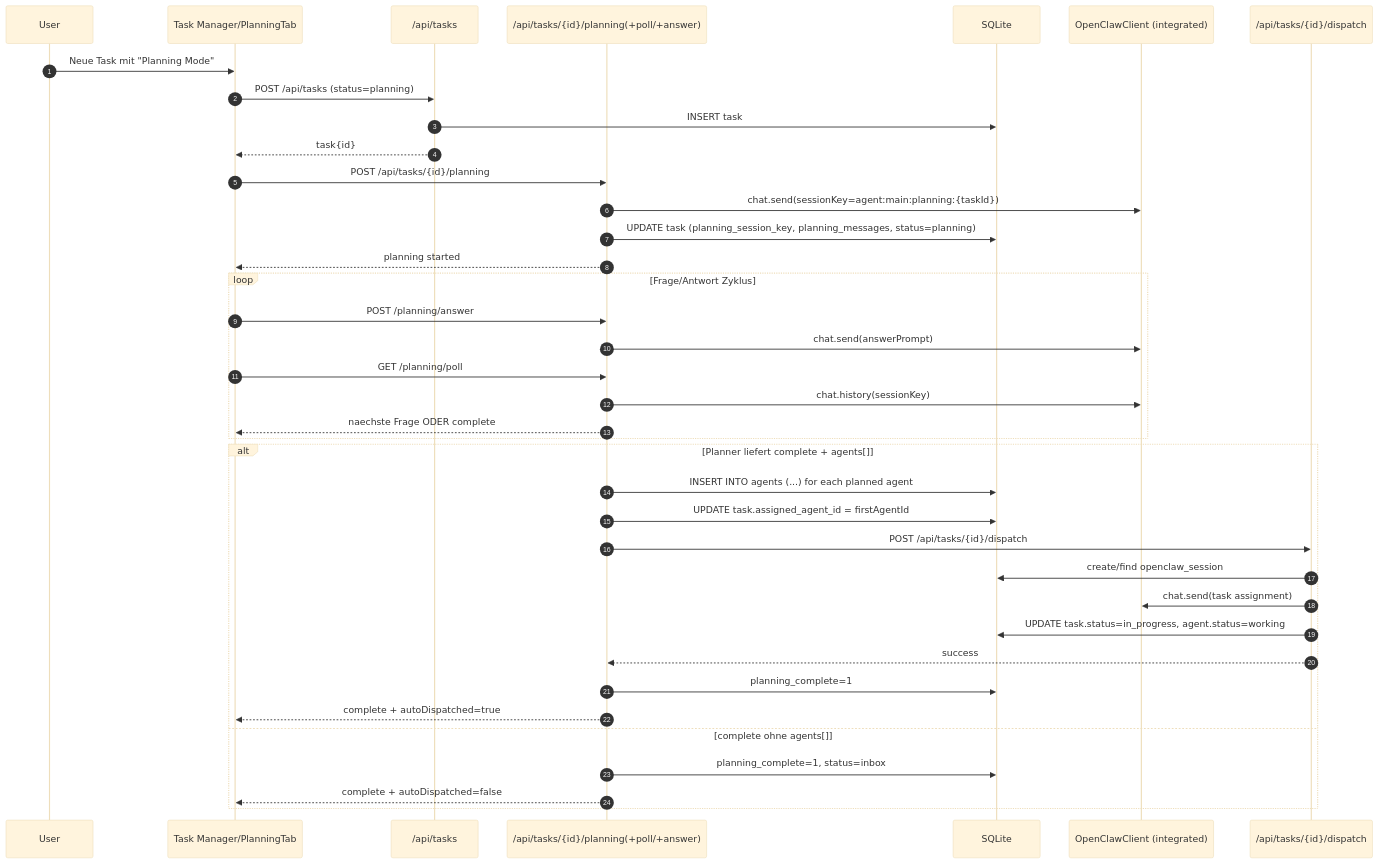
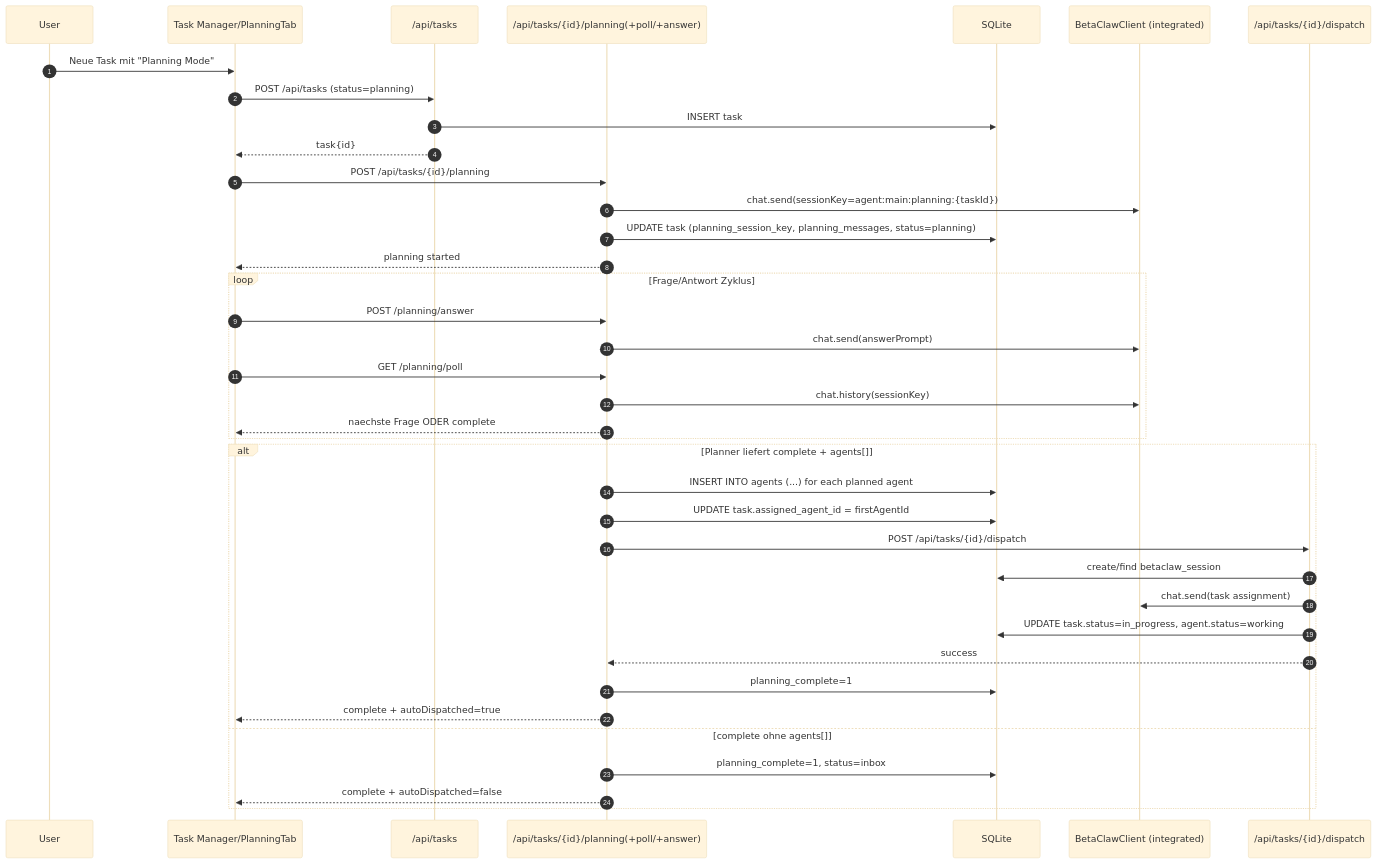
One commit to meco40/openworker changed the first of 2 diagrams in docs/mission-control-agent-spawn-sequence.md. Above: the diagram before and after it, drawn with Mermaid (base theme). The commit also changed other lines of this file and 240 other files, not shown here.

First line of the commit message:
feat!: rename gateway to BetaClaw

````diff
--- a/docs/mission-control-agent-spawn-sequence.md
+++ b/docs/mission-control-agent-spawn-sequence.md
@@ -5,44 +5,44 @@
 ```mermaid
 sequenceDiagram
     autonumber
     participant User
     participant UI as Task Manager/PlanningTab
     participant TasksAPI as /api/tasks
     participant PlanningAPI as /api/tasks/{id}/planning(+poll/+answer)
     participant DB as SQLite
-    participant Runtime as OpenClawClient (integrated)
+    participant Runtime as BetaClawClient (integrated)
     participant DispatchAPI as /api/tasks/{id}/dispatch
 
     User->>UI: Neue Task mit "Planning Mode"
     UI->>TasksAPI: POST /api/tasks (status=planning)
     TasksAPI->>DB: INSERT task
     TasksAPI-->>UI: task{id}
 
     UI->>PlanningAPI: POST /api/tasks/{id}/planning
     PlanningAPI->>Runtime: chat.send(sessionKey=agent:main:planning:{taskId})
     PlanningAPI->>DB: UPDATE task (planning_session_key, planning_messages, status=planning)
     PlanningAPI-->>UI: planning started
 
     loop Frage/Antwort Zyklus
         UI->>PlanningAPI: POST /planning/answer
         PlanningAPI->>Runtime: chat.send(answerPrompt)
         UI->>PlanningAPI: GET /planning/poll
         PlanningAPI->>Runtime: chat.history(sessionKey)
         PlanningAPI-->>UI: naechste Frage ODER complete
     end
 
     alt Planner liefert complete + agents[]
         PlanningAPI->>DB: INSERT INTO agents (...) for each planned agent
         PlanningAPI->>DB: UPDATE task.assigned_agent_id = firstAgentId
         PlanningAPI->>DispatchAPI: POST /api/tasks/{id}/dispatch
-        DispatchAPI->>DB: create/find openclaw_session
+        DispatchAPI->>DB: create/find betaclaw_session
         DispatchAPI->>Runtime: chat.send(task assignment)
         DispatchAPI->>DB: UPDATE task.status=in_progress, agent.status=working
         DispatchAPI-->>PlanningAPI: success
         PlanningAPI->>DB: planning_complete=1
         PlanningAPI-->>UI: complete + autoDispatched=true
     else complete ohne agents[]
         PlanningAPI->>DB: planning_complete=1, status=inbox
         PlanningAPI-->>UI: complete + autoDispatched=false
     end
 ```
````
